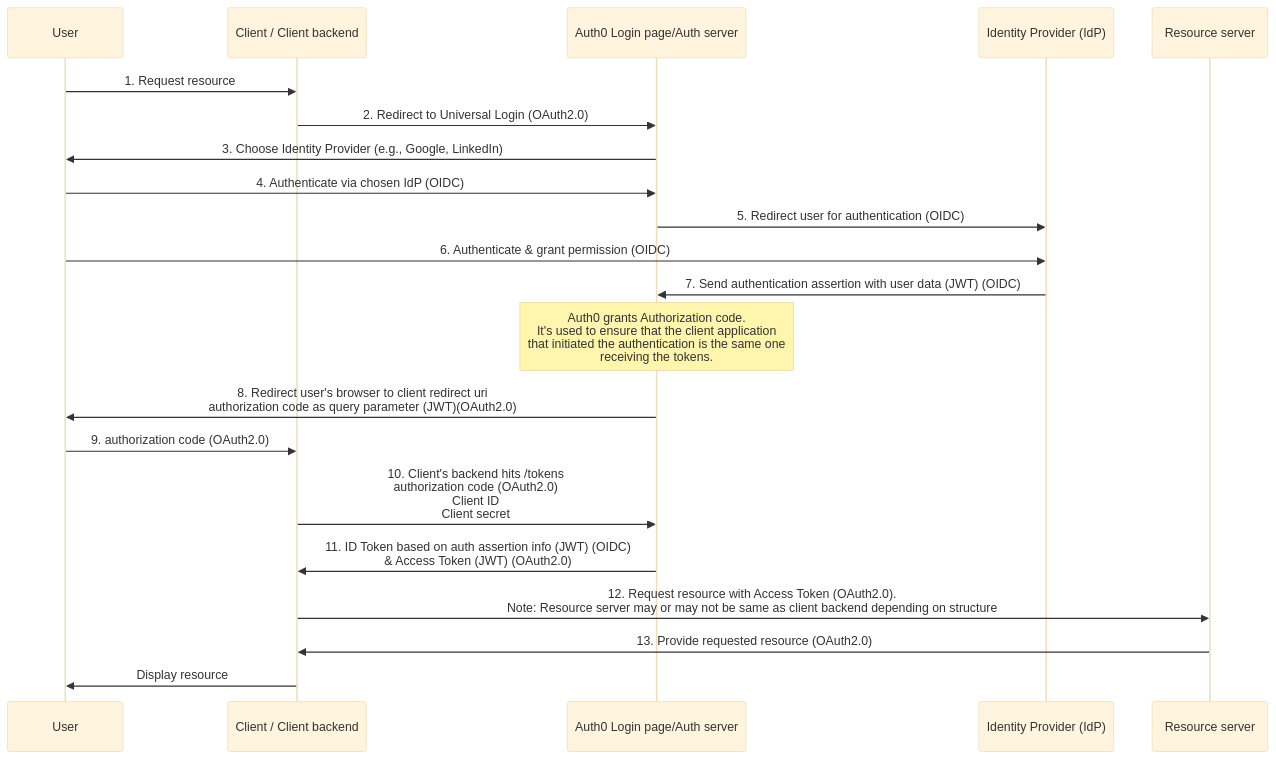
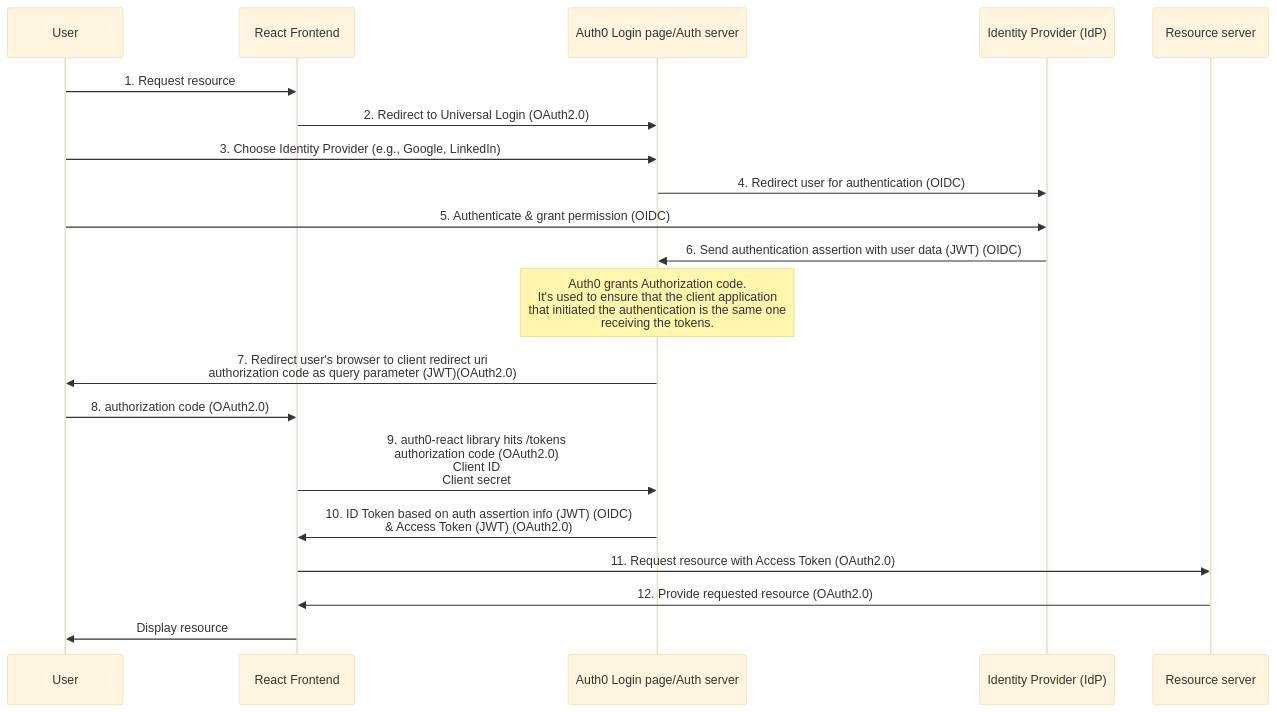
The third of 5 diagrams in README.md (aeharriman/notes-on-auth0-java-springboot), drawn with Mermaid (base theme) before and after one commit.

Commit message:
Notes taken

````diff
--- a/README.md
+++ b/README.md
@@ -59,24 +59,23 @@
 ```mermaid
 sequenceDiagram
     participant User
-    participant Client as Client / Client backend
+    participant Client as React Frontend
     participant Auth0 as Auth0 Login page/Auth server
     participant IdP as Identity Provider (IdP)
     participant RS as Resource server
 
     User->>Client: 1. Request resource
     Client->>Auth0: 2. Redirect to Universal Login (OAuth2.0)
-    Auth0->>User: 3. Choose Identity Provider (e.g., Google, LinkedIn)
-    User->>Auth0: 4. Authenticate via chosen IdP (OIDC)
-    Auth0->>IdP: 5. Redirect user for authentication (OIDC)
-    User->>IdP: 6. Authenticate & grant permission (OIDC)
-    IdP->>Auth0: 7. Send authentication assertion with user data (JWT) (OIDC)
+    User->>Auth0: 3. Choose Identity Provider (e.g., Google, LinkedIn)
+    Auth0->>IdP: 4. Redirect user for authentication (OIDC)
+    User->>IdP: 5. Authenticate & grant permission (OIDC)
+    IdP->>Auth0: 6. Send authentication assertion with user data (JWT) (OIDC)
     Note over Auth0: Auth0 grants Authorization code.<br/>It's used to ensure that the client application<br/>that initiated the authentication is the same one<br/>receiving the tokens.
-    Auth0->>User: 8. Redirect user's browser to client redirect uri <br/>authorization code as query parameter (JWT)(OAuth2.0)
-    User->>Client: 9. authorization code (OAuth2.0)
-    Client->>Auth0: 10. Client's backend hits /tokens<br/> authorization code (OAuth2.0)<br/> Client ID<br/> Client secret
-    Auth0->>Client: 11. ID Token based on auth assertion info (JWT) (OIDC)<br/>& Access Token (JWT) (OAuth2.0)
-    Client->>RS: 12. Request resource with Access Token (OAuth2.0).<br/>Note: Resource server may or may not be same as client backend depending on structure
-    RS->>Client: 13. Provide requested resource (OAuth2.0)
+    Auth0->>User: 7. Redirect user's browser to client redirect uri <br/>authorization code as query parameter (JWT)(OAuth2.0)
+    User->>Client: 8. authorization code (OAuth2.0)
+    Client->>Auth0: 9. auth0-react library hits /tokens<br/> authorization code (OAuth2.0)<br/> Client ID<br/> Client secret
+    Auth0->>Client: 10. ID Token based on auth assertion info (JWT) (OIDC)<br/>& Access Token (JWT) (OAuth2.0)
+    Client->>RS: 11. Request resource with Access Token (OAuth2.0)
+    RS->>Client: 12. Provide requested resource (OAuth2.0)
     Client->>User: Display resource
 ```
````
